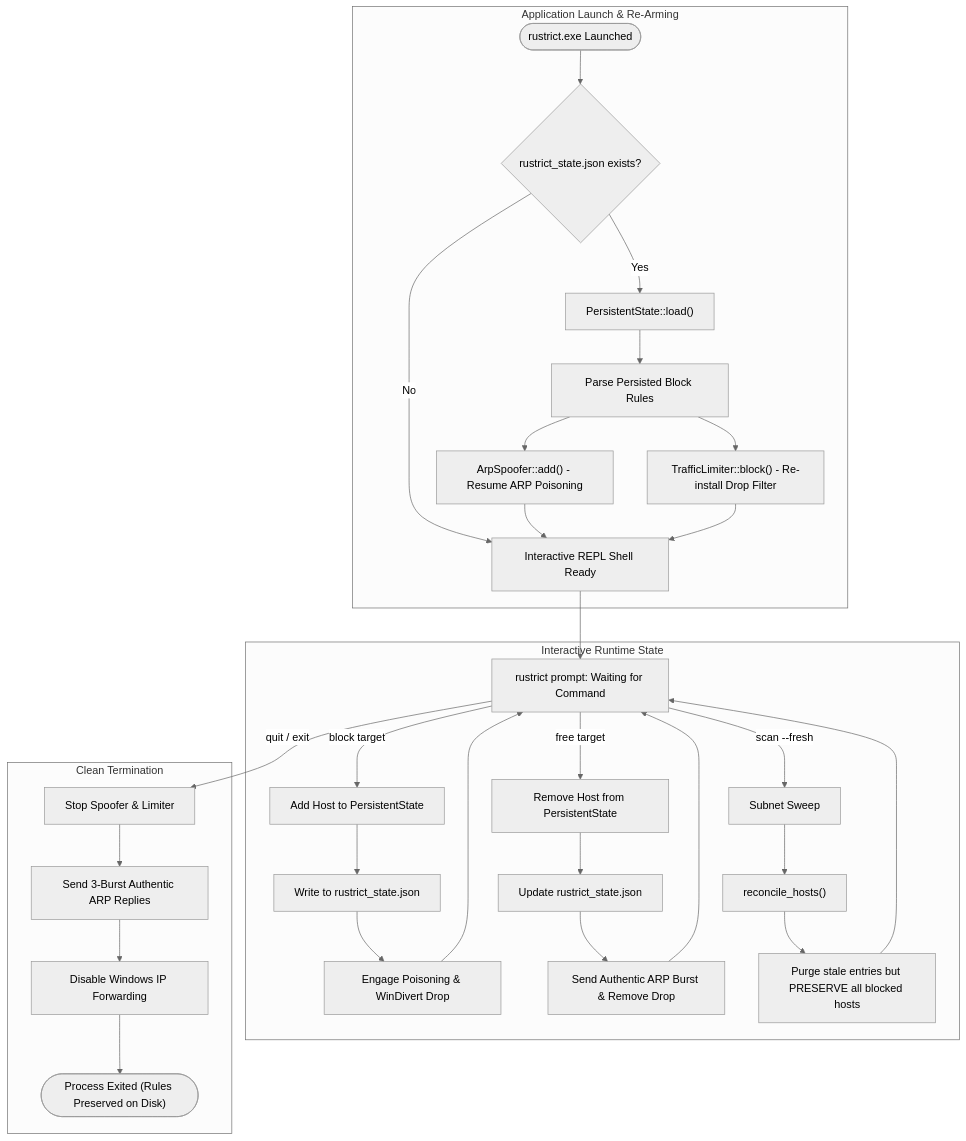
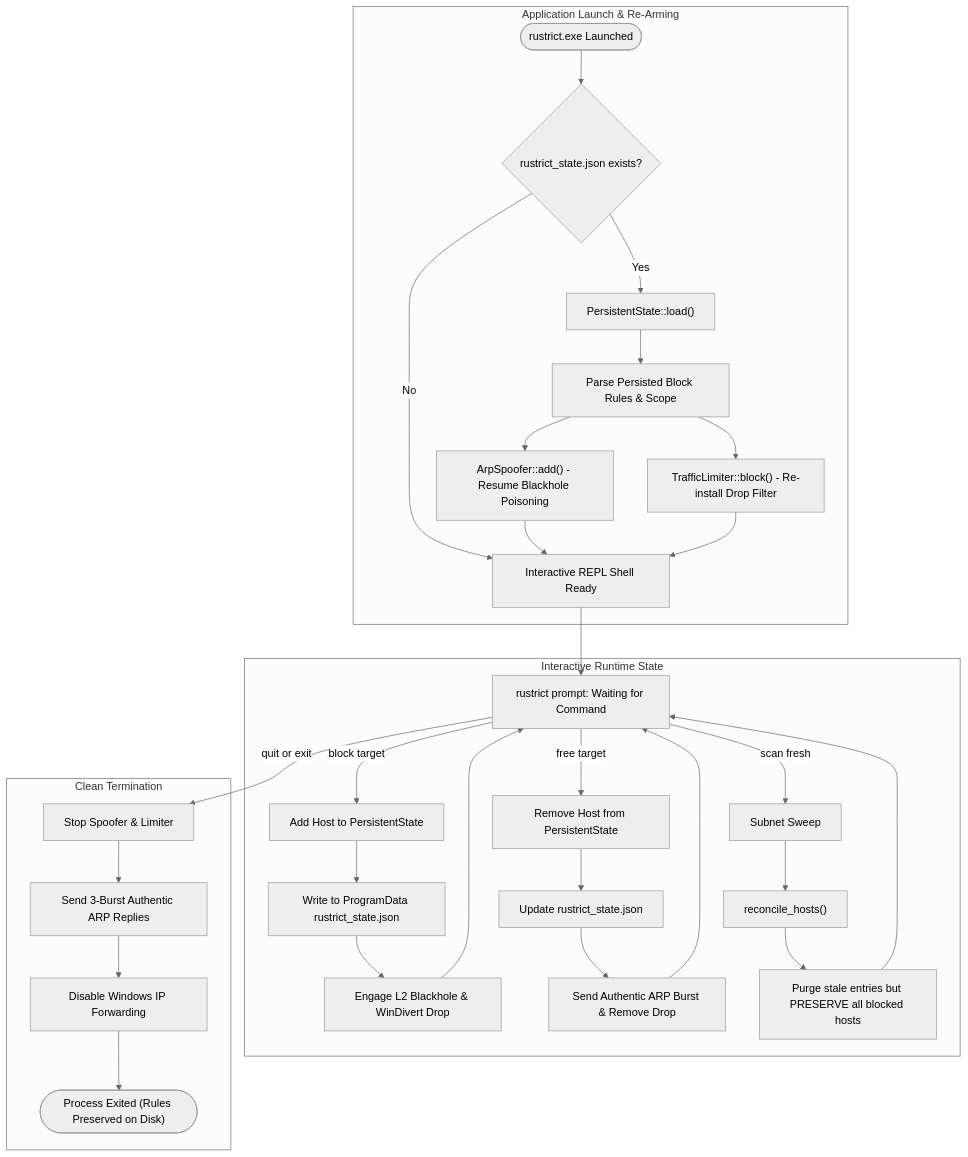
Before and after one commit to Neutron-0/Rustrict: the seventh of 14 diagrams in README.md, drawn with Mermaid (neutral theme). The commit also changed other lines of this file and 1 other file, not shown here.

First line of the commit message:
docs(readme,changelog): fix Mermaid diagram syntax and document L2 blackholing

````diff
--- a/README.md
+++ b/README.md
@@ -461,40 +456,40 @@
 ```mermaid
 flowchart TD
     subgraph STARTUP["Application Launch & Re-Arming"]
         Start(["rustrict.exe Launched"]) --> CheckState{"rustrict_state.json exists?"}
-        CheckState -->|"Yes"| LoadState["PersistentState::load()"]
-        CheckState -->|"No"| Ready["Interactive REPL Shell Ready"]
+        CheckState -->|Yes| LoadState["PersistentState::load()"]
+        CheckState -->|No| Ready["Interactive REPL Shell Ready"]
 
-        LoadState --> ParseBlocked["Parse Persisted Block Rules"]
-        ParseBlocked --> RestoreSpoof["ArpSpoofer::add() - Resume ARP Poisoning"]
+        LoadState --> ParseBlocked["Parse Persisted Block Rules & Scope"]
+        ParseBlocked --> RestoreSpoof["ArpSpoofer::add() - Resume Blackhole Poisoning"]
         ParseBlocked --> RestoreDrop["TrafficLimiter::block() - Re-install Drop Filter"]
         RestoreSpoof --> Ready
         RestoreDrop --> Ready
     end
 
     subgraph RUNTIME["Interactive Runtime State"]
         Ready --> WaitCmd["rustrict prompt: Waiting for Command"]
 
-        WaitCmd -->|"block target"| ExecBlock["Add Host to PersistentState"]
-        ExecBlock --> WriteSave1["Write to rustrict_state.json"]
-        WriteSave1 --> EngageBlock["Engage Poisoning & WinDivert Drop"]
+        WaitCmd -->|block target| ExecBlock["Add Host to PersistentState"]
+        ExecBlock --> WriteSave1["Write to ProgramData rustrict_state.json"]
+        WriteSave1 --> EngageBlock["Engage L2 Blackhole & WinDivert Drop"]
         EngageBlock --> WaitCmd
 
-        WaitCmd -->|"free target"| ExecFree["Remove Host from PersistentState"]
+        WaitCmd -->|free target| ExecFree["Remove Host from PersistentState"]
         ExecFree --> WriteSave2["Update rustrict_state.json"]
         WriteSave2 --> RestoreTarget["Send Authentic ARP Burst & Remove Drop"]
         RestoreTarget --> WaitCmd
 
-        WaitCmd -->|"scan --fresh"| Sweep["Subnet Sweep"]
+        WaitCmd -->|scan fresh| Sweep["Subnet Sweep"]
         Sweep --> Reconcile["reconcile_hosts()"]
         Reconcile --> PreserveRule["Purge stale entries but PRESERVE all blocked hosts"]
         PreserveRule --> WaitCmd
     end
 
     subgraph SHUTDOWN["Clean Termination"]
-        WaitCmd -->|"quit / exit"| StopEngine["Stop Spoofer & Limiter"]
+        WaitCmd -->|quit or exit| StopEngine["Stop Spoofer & Limiter"]
         StopEngine --> Unpoison["Send 3-Burst Authentic ARP Replies"]
         Unpoison --> DisableFwd["Disable Windows IP Forwarding"]
         DisableFwd --> Exit(["Process Exited (Rules Preserved on Disk)"])
     end
 ```
````
